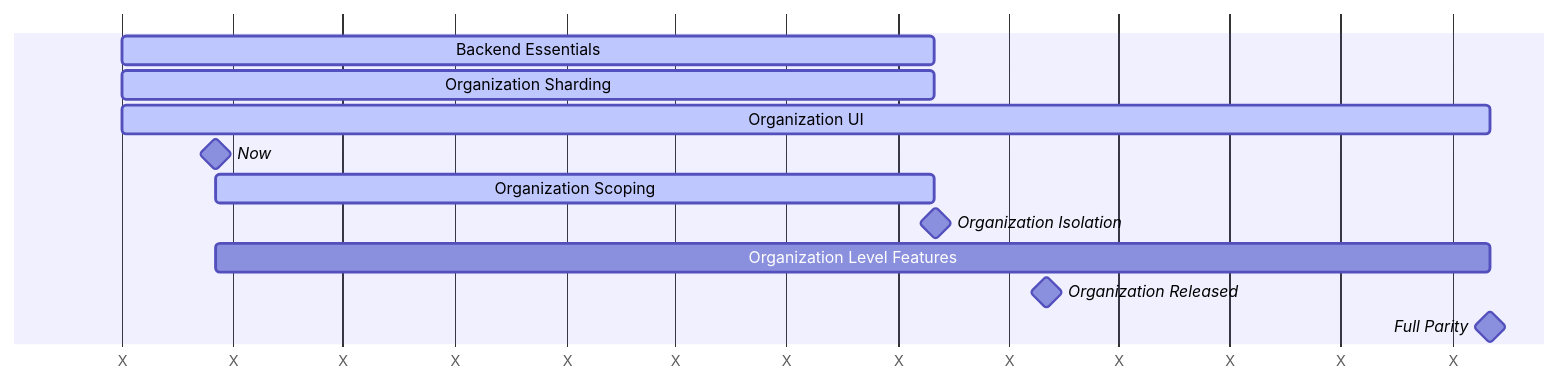
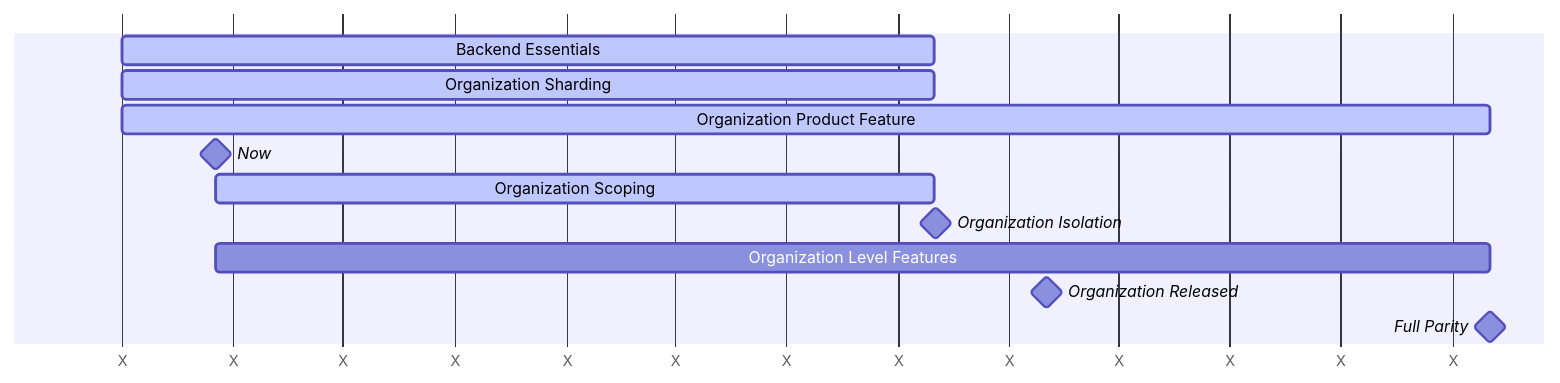
Before and after one commit to zalyoung/gitlab-handbook: the diagram in content/handbook/engineering/architecture/design-documents/organization/_index.md, drawn with Mermaid. The commit also changed other lines of this file and 1 other file, not shown here.

````diff
--- a/content/handbook/engineering/architecture/design-documents/organization/_index.md
+++ b/content/handbook/engineering/architecture/design-documents/organization/_index.md
@@ -137,20 +141,20 @@
 ```mermaid
 gantt
     dateFormat  YYYY-MM-DD
     axisFormat  X
     todayMarker off
 
     %% Dates are for illustration purposes only.
     Backend Essentials: active, be, 2024-01-01, 2025-10-31
     Organization Sharding : active, sh, 2024-01-01, 2025-10-31
-    Organization UI : active, ui, 2024-01-01, 2027-02-01
+    Organization Product Feature : active, ui, 2024-01-01, 2027-02-01
     Now : milestone, now, 2024-03-18,
 
     Organization Scoping: active, sc, after now, 2025-10-31
     Organization Isolation : milestone, 2025-11-01,
 
     Organization Level Features : co, after now, 2027-02-01
     Organization Released : milestone, 2026-02-01,
 
     Full Parity : milestone, 2027-02-01,
 ```
````
